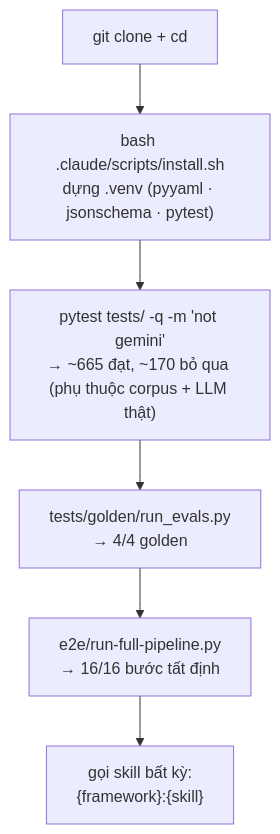
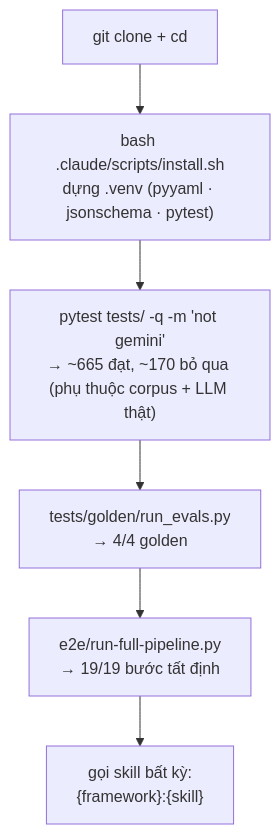
One commit to hieubui2409/human-analyzer changed the tenth of 10 diagrams in README.md. Above: the diagram before and after it, drawn with Mermaid. The commit also changed other lines of this file, not shown here.

````diff
--- a/README.md
+++ b/README.md
@@ -618,8 +619,8 @@
 ```mermaid
 flowchart TD
     S0["git clone + cd"] --> S1["bash .claude/scripts/install.sh<br/>dựng .venv (pyyaml · jsonschema · pytest)"]
     S1 --> S2["pytest tests/ -q -m 'not gemini'<br/>→ ~665 đạt, ~170 bỏ qua (phụ thuộc corpus + LLM thật)"]
     S2 --> S3["tests/golden/run_evals.py<br/>→ 4/4 golden"]
-    S3 --> S4["e2e/run-full-pipeline.py<br/>→ 16/16 bước tất định"]
+    S3 --> S4["e2e/run-full-pipeline.py<br/>→ 19/19 bước tất định"]
     S4 --> S5["gọi skill bất kỳ:<br/>{framework}:{skill}"]
 ```
````
